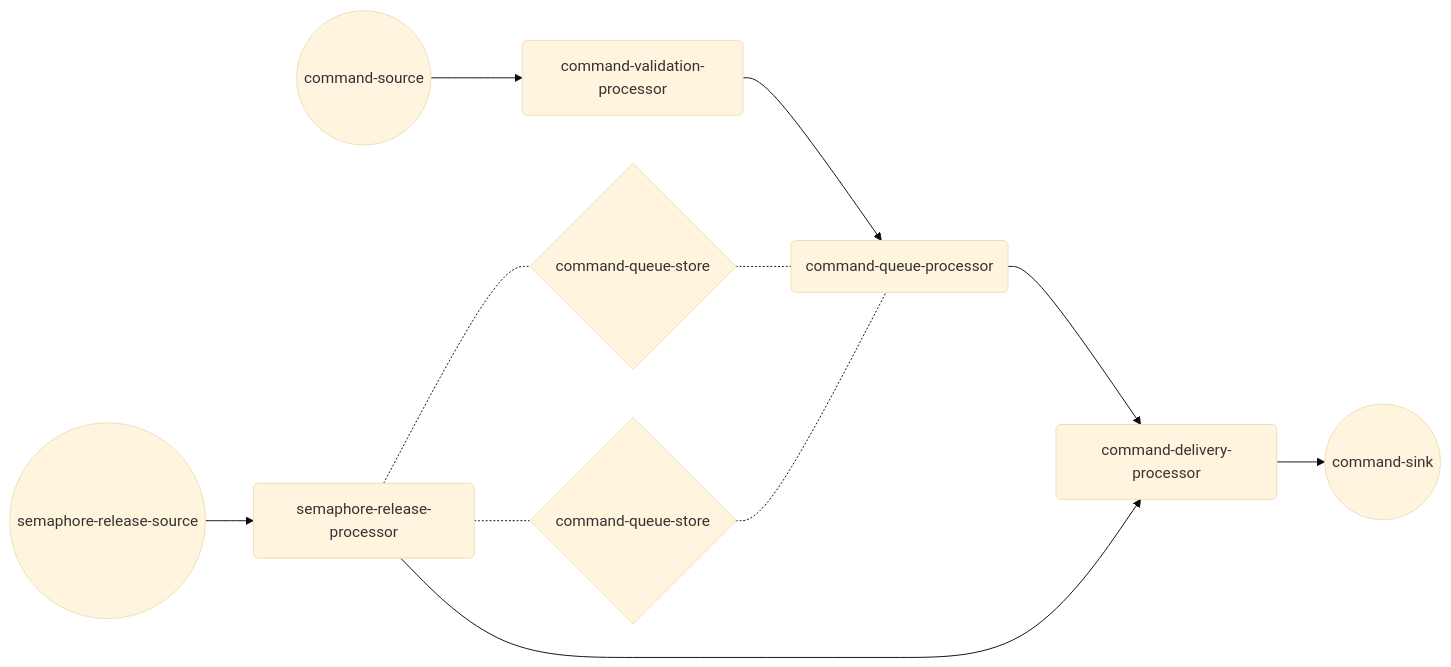
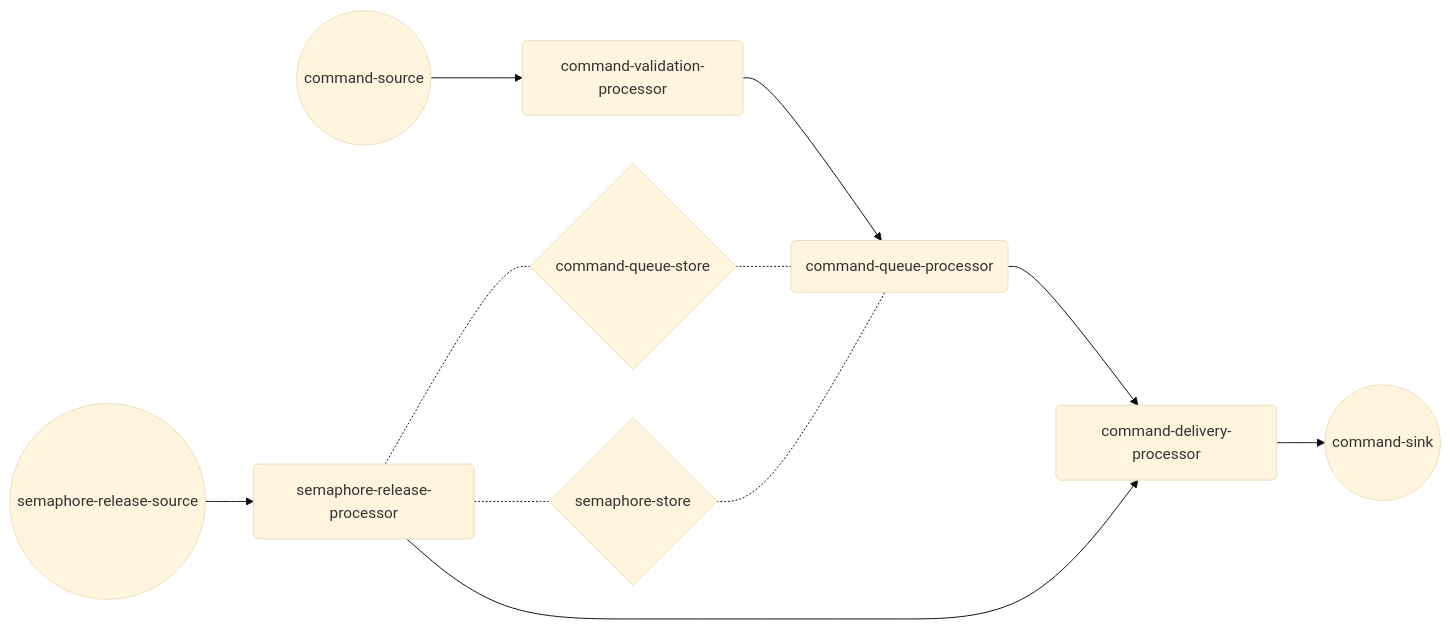
One commit to JJRising/kafka-queueing changed the diagram in README.md. Above: the diagram before and after it, drawn with Mermaid (base theme).

````diff
--- a/README.md
+++ b/README.md
@@ -21,13 +21,13 @@
 ```mermaid
 graph LR
 A((command-source))-->B(command-validation-processor)
 B-->C(command-queue-processor)
 D((semaphore-release-source))-->E(semaphore-release-processor)
 C-->F(command-delivery-processor)
 E-->F
 F-->G((command-sink))
 H{command-queue-store}-.-C
-I{command-queue-store}-.-C
+I{semaphore-store}-.-C
 E-.-H
 E-.-I
 ```
````
